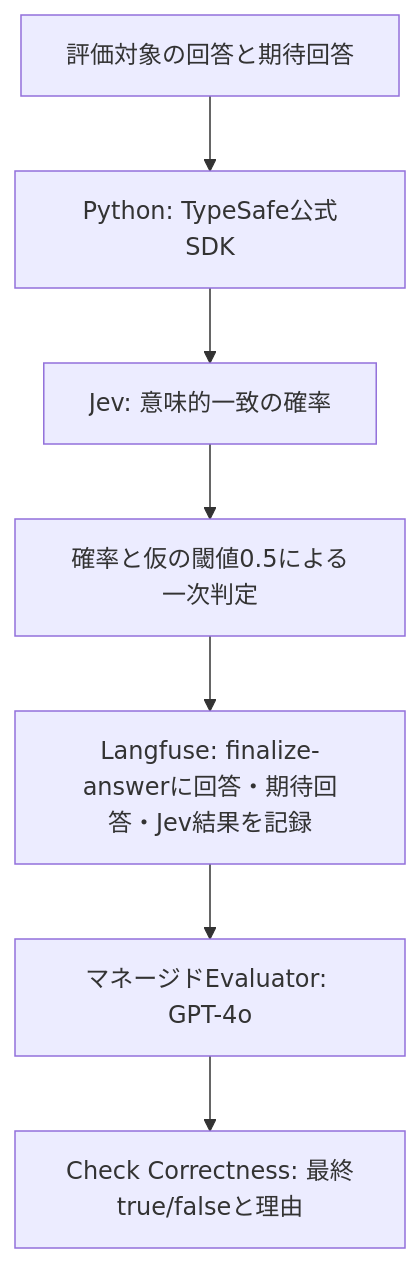
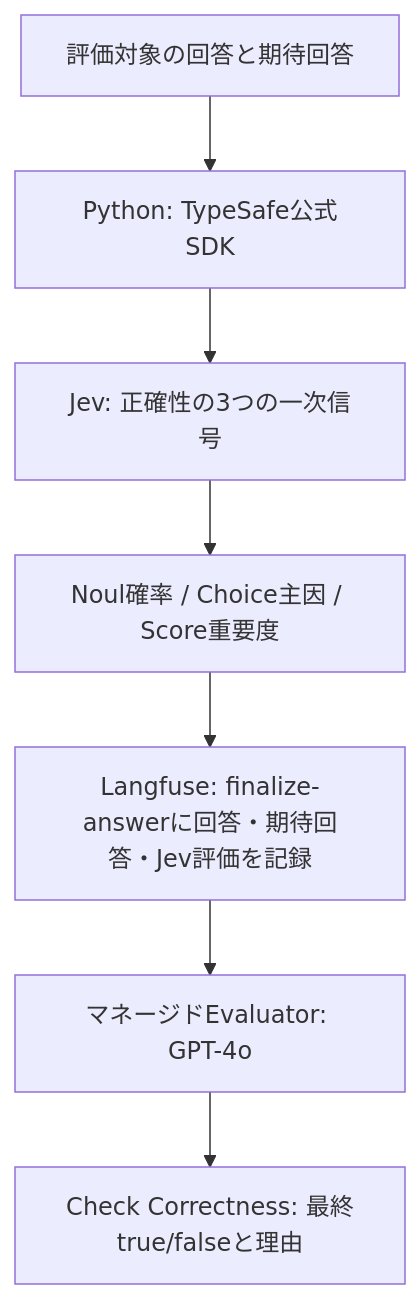
Before and after one commit to tackaaaada/jev-langfuse-trial: the diagram in README.md, drawn with Mermaid. The commit also changed other lines of this file and 16 other files, not shown here.

````diff
--- a/README.md
+++ b/README.md
@@ -8,9 +8,9 @@
 ```mermaid
 flowchart TD
     A[評価対象の回答と期待回答] --> B[Python: TypeSafe公式SDK]
-    B --> C[Jev: 意味的一致の確率]
-    C --> D[確率と仮の閾値0.5による一次判定]
-    D --> E[Langfuse: finalize-answerに回答・期待回答・Jev結果を記録]
+    B --> C[Jev: 正確性の3つの一次信号]
+    C --> D[Noul確率 / Choice主因 / Score重要度]
+    D --> E[Langfuse: finalize-answerに回答・期待回答・Jev評価を記録]
     E --> F[マネージドEvaluator: GPT-4o]
     F --> G[Check Correctness: 最終true/falseと理由]
 ```
````
